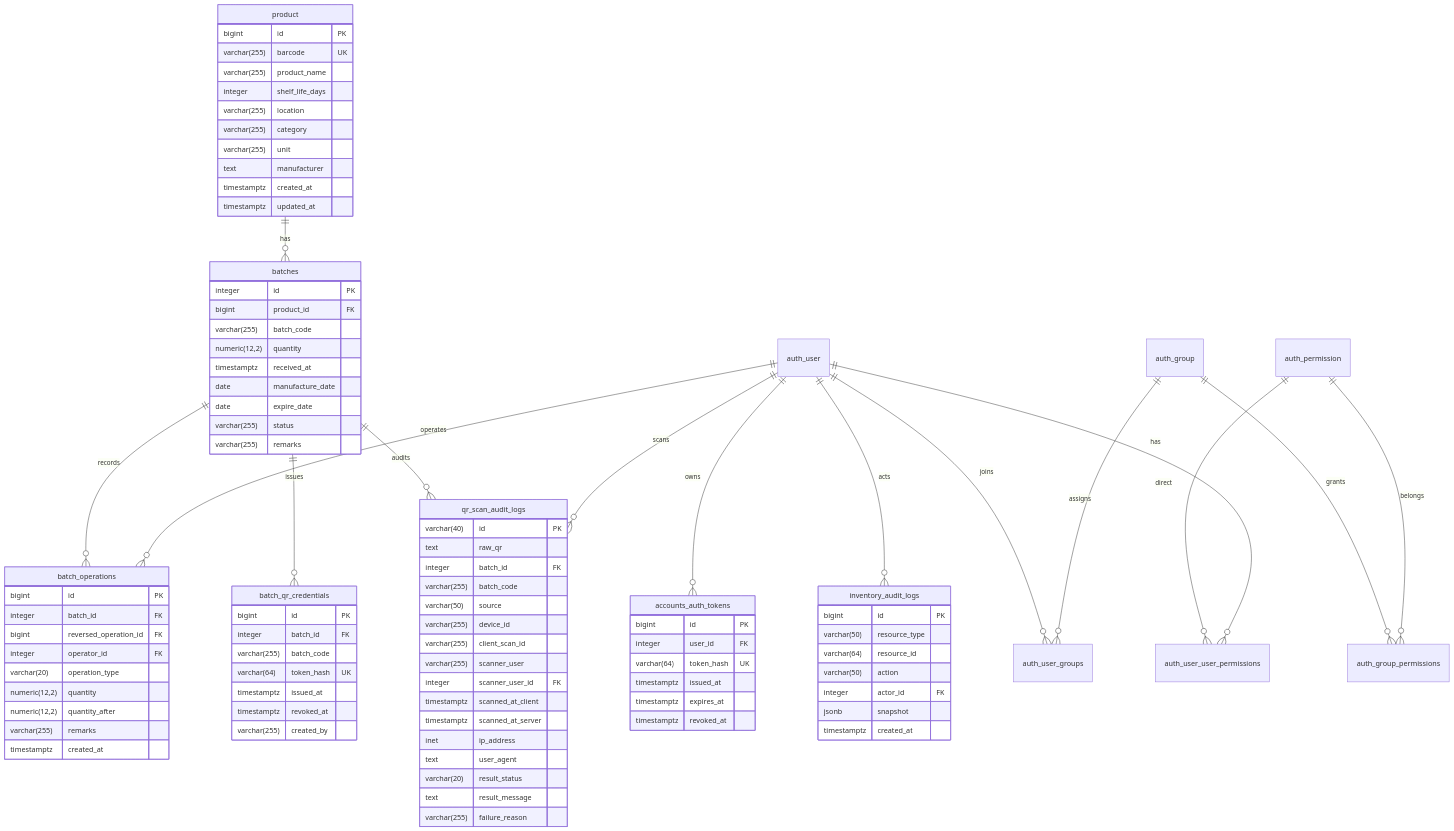
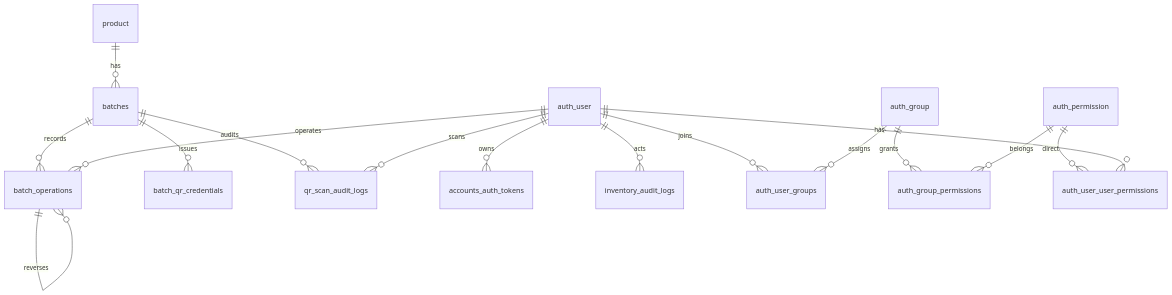
The diagram in docs/backend/db.md (Harutaizumiya/Initium-Veris), drawn with Mermaid before and after one commit. The commit also changed other lines of this file and 19 other files, not shown here.

````diff
--- a/docs/backend/db.md
+++ b/docs/backend/db.md
@@ -22,102 +34,18 @@
 ```mermaid
 erDiagram
-    product ||--o{ batches : "has"
-    batches ||--o{ batch_operations : "records"
-    batches ||--o{ batch_qr_credentials : "issues"
-    batches ||--o{ qr_scan_audit_logs : "audits"
-    auth_user ||--o{ accounts_auth_tokens : "owns"
-    auth_user ||--o{ batch_operations : "operates"
-    auth_user ||--o{ qr_scan_audit_logs : "scans"
-    auth_user ||--o{ inventory_audit_logs : "acts"
-    auth_user ||--o{ auth_user_groups : "joins"
-    auth_group ||--o{ auth_user_groups : "assigns"
-    auth_group ||--o{ auth_group_permissions : "grants"
-    auth_permission ||--o{ auth_group_permissions : "belongs"
-    auth_permission ||--o{ auth_user_user_permissions : "direct"
-    auth_user ||--o{ auth_user_user_permissions : "has"
-
-    product {
-        bigint id PK
-        varchar(255) barcode UK
-        varchar(255) product_name
-        integer shelf_life_days
-        varchar(255) location
-        varchar(255) category
-        varchar(255) unit
-        text manufacturer
-        timestamptz created_at
-        timestamptz updated_at
-    }
-
-    batches {
-        integer id PK
-        bigint product_id FK
-        varchar(255) batch_code
-        numeric(12,2) quantity
-        timestamptz received_at
-        date manufacture_date
-        date expire_date
-        varchar(255) status
-        varchar(255) remarks
-    }
-
-    batch_operations {
-        bigint id PK
-        integer batch_id FK
-        bigint reversed_operation_id FK
-        integer operator_id FK
-        varchar(20) operation_type
-        numeric(12,2) quantity
-        numeric(12,2) quantity_after
-        varchar(255) remarks
-        timestamptz created_at
-    }
-
-    batch_qr_credentials {
-        bigint id PK
-        integer batch_id FK
-        varchar(255) batch_code
-        varchar(64) token_hash UK
-        timestamptz issued_at
-        timestamptz revoked_at
-        varchar(255) created_by
-    }
-
-    qr_scan_audit_logs {
-        varchar(40) id PK
-        text raw_qr
-        integer batch_id FK
-        varchar(255) batch_code
-        varchar(50) source
-        varchar(255) device_id
-        varchar(255) client_scan_id
-        varchar(255) scanner_user
-        integer scanner_user_id FK
-        timestamptz scanned_at_client
-        timestamptz scanned_at_server
-        inet ip_address
-        text user_agent
-        varchar(20) result_status
-        text result_message
-        varchar(255) failure_reason
-    }
-
-    accounts_auth_tokens {
-        bigint id PK
-        integer user_id FK
-        varchar(64) token_hash UK
-        timestamptz issued_at
-        timestamptz expires_at
-        timestamptz revoked_at
-    }
-
-    inventory_audit_logs {
-        bigint id PK
-        varchar(50) resource_type
-        varchar(64) resource_id
-        varchar(50) action
-        integer actor_id FK
-        jsonb snapshot
-        timestamptz created_at
-    }
+    product ||--o{ batches : has
+    batches ||--o{ batch_operations : records
+    batch_operations ||--o{ batch_operations : reverses
+    batches ||--o{ batch_qr_credentials : issues
+    batches ||--o{ qr_scan_audit_logs : audits
+    auth_user ||--o{ accounts_auth_tokens : owns
+    auth_user ||--o{ batch_operations : operates
+    auth_user ||--o{ qr_scan_audit_logs : scans
+    auth_user ||--o{ inventory_audit_logs : acts
+    auth_user ||--o{ auth_user_groups : joins
+    auth_group ||--o{ auth_user_groups : assigns
+    auth_group ||--o{ auth_group_permissions : grants
+    auth_permission ||--o{ auth_group_permissions : belongs
+    auth_permission ||--o{ auth_user_user_permissions : direct
+    auth_user ||--o{ auth_user_user_permissions : has
 ```
````
